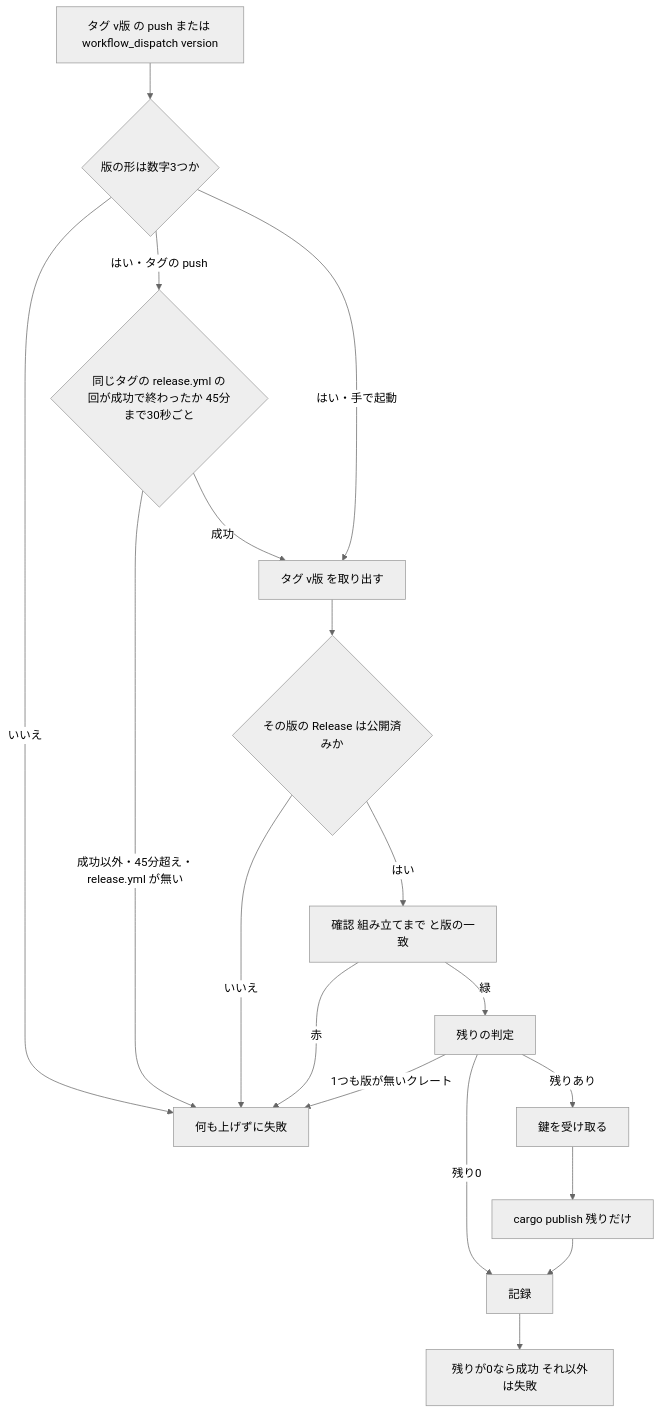
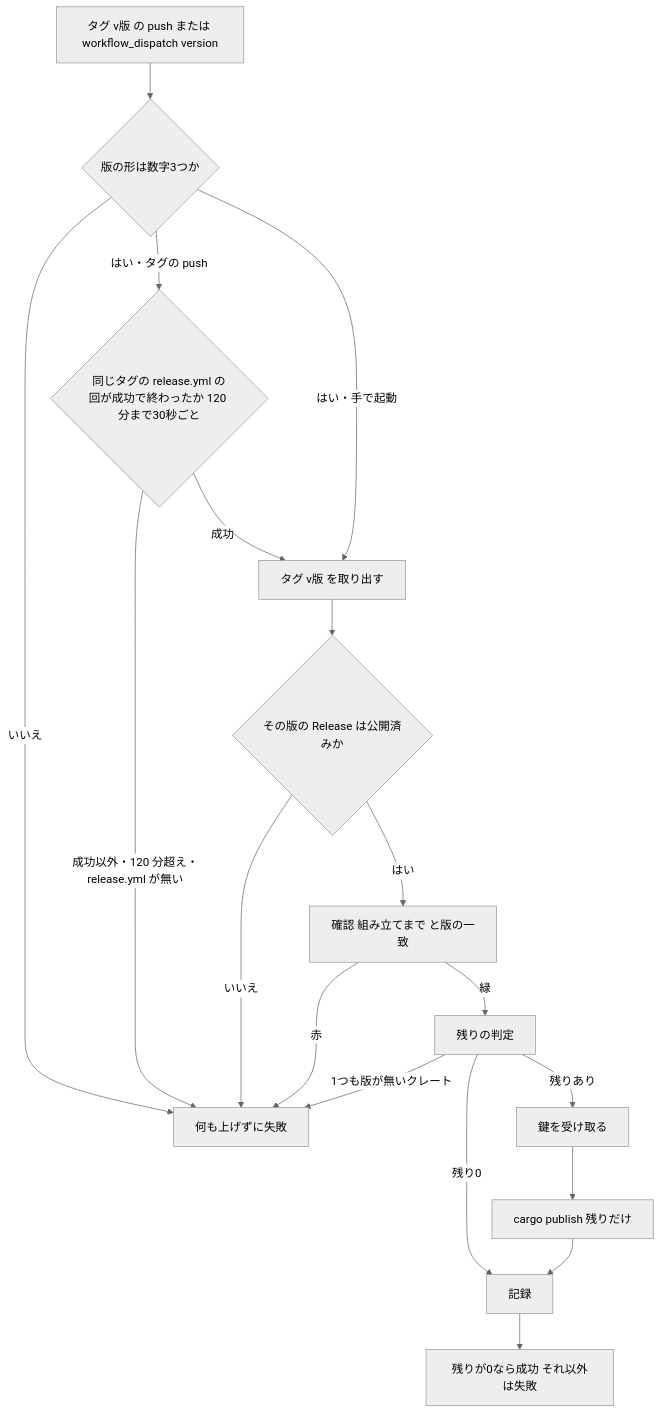
The second of 2 diagrams in .kiro/specs/completed/areka-P0-crates-io-publish/design.md (ekicyou/areka), drawn with Mermaid (neutral theme) before and after one commit. The commit also changed other lines of this file and 4 other files, not shown here.

````diff
--- a/.kiro/specs/completed/areka-P0-crates-io-publish/design.md
+++ b/.kiro/specs/completed/areka-P0-crates-io-publish/design.md
@@ -219,20 +219,20 @@
 ```mermaid
 flowchart TD
     Start[タグ v版 の push または workflow_dispatch version] --> Shape{版の形は数字3つか}
     Shape -->|いいえ| Stop[何も上げずに失敗]
-    Shape -->|はい・タグの push| Wait{同じタグの release.yml の回が成功で終わったか 45分まで30秒ごと}
+    Shape -->|はい・タグの push| Wait{同じタグの release.yml の回が成功で終わったか 120 分まで30秒ごと}
     Shape -->|はい・手で起動| Checkout[タグ v版 を取り出す]
-    Wait -->|成功以外・45分超え・release.yml が無い| Stop
+    Wait -->|成功以外・120 分超え・release.yml が無い| Stop
     Wait -->|成功| Checkout
     Checkout --> Rel{その版の Release は公開済みか}
     Rel -->|いいえ| Stop
     Rel -->|はい| Check[確認 組み立てまで と版の一致]
     Check -->|赤| Stop
     Check -->|緑| Pending[残りの判定]
     Pending -->|1つも版が無いクレート| Stop
     Pending -->|残り0| Record[記録]
     Pending -->|残りあり| Token[鍵を受け取る]
     Token --> Publish[cargo publish 残りだけ]
     Publish --> Record
     Record --> End[残りが0なら成功 それ以外は失敗]
 ```
````
